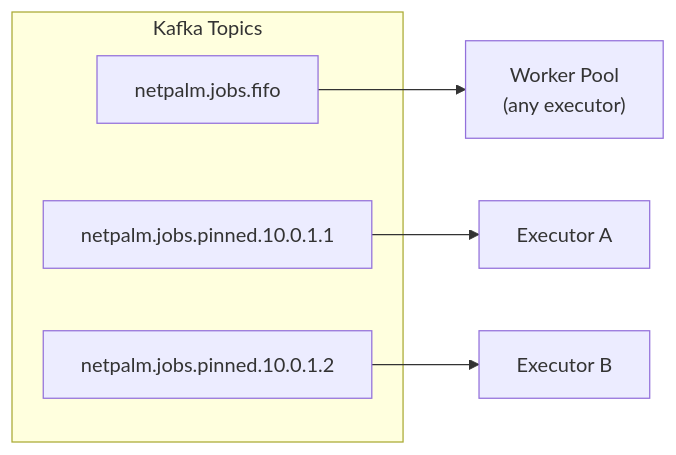
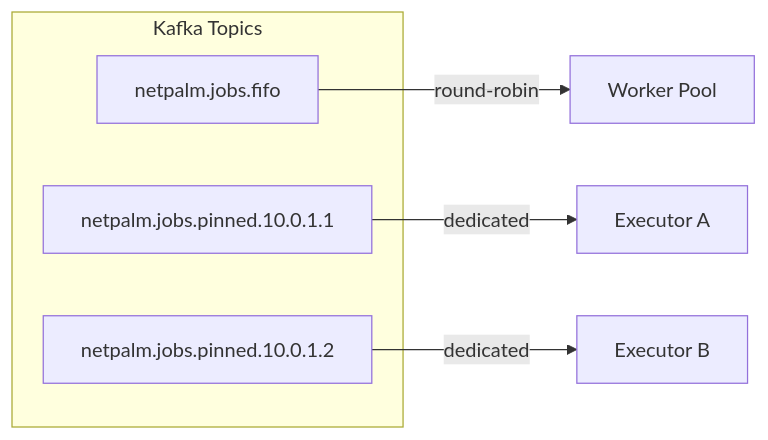
The third of 6 diagrams in README.md (tbotnz/netpalm), drawn with Mermaid before and after one commit. The commit also changed other lines of this file and 2 other files, not shown here.

````diff
--- a/README.md
+++ b/README.md
@@ -154,17 +147,16 @@
 ```mermaid
 graph LR
-    subgraph Kafka Topics
+    subgraph "Kafka Topics"
         FIFO["netpalm.jobs.fifo"]
         P1["netpalm.jobs.pinned.10.0.1.1"]
         P2["netpalm.jobs.pinned.10.0.1.2"]
     end
 
-    Pool["Worker Pool
-    (any executor)"]
+    Pool["Worker Pool"]
     EA["Executor A"]
     EB["Executor B"]
 
-    FIFO --> Pool
-    P1 --> EA
-    P2 --> EB
+    FIFO -->|"round-robin"| Pool
+    P1 -->|"dedicated"| EA
+    P2 -->|"dedicated"| EB
 ```
````
